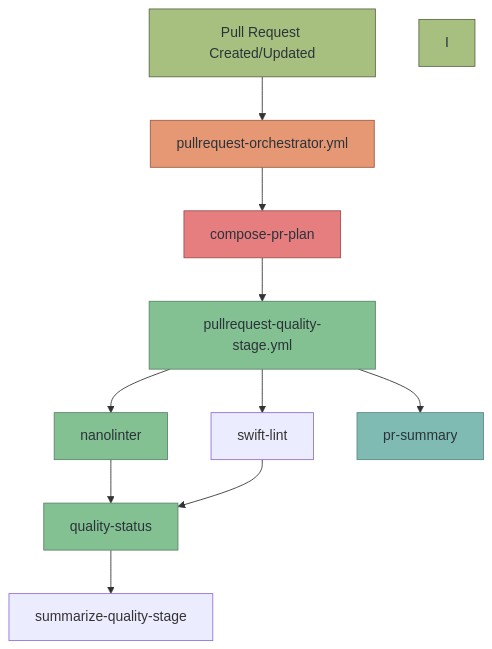
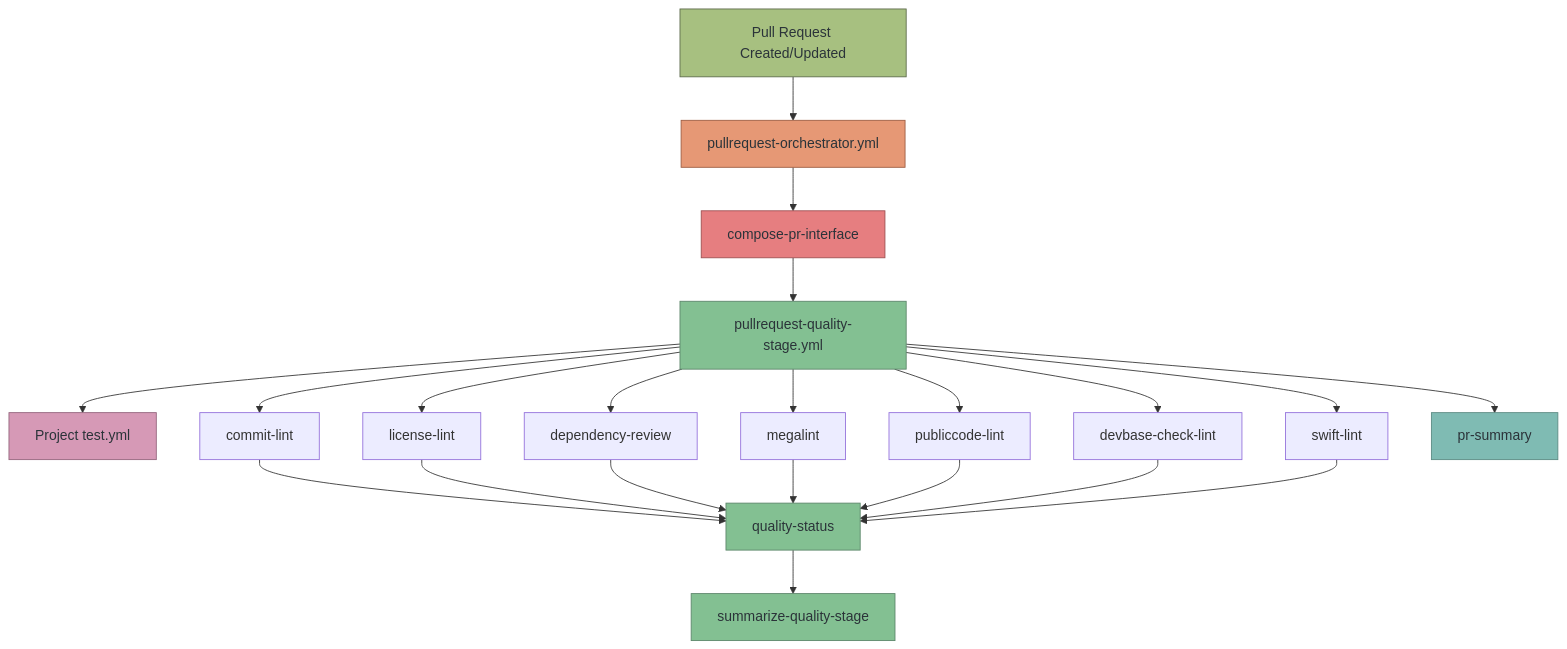
One commit to diggsweden/reusable-ci changed the first of 7 diagrams in docs/workflows.md. Above: the diagram before and after it, drawn with Mermaid. The commit also changed other lines of this file and 957 other files, not shown here.

````diff
--- a/docs/workflows.md
+++ b/docs/workflows.md
@@ -25,22 +25,33 @@
 ```mermaid
 graph TD
     A[Pull Request Created/Updated] --> B[pullrequest-orchestrator.yml]
-    B --> C[compose-pr-plan]
+    B --> C[compose-pr-interface]
     C --> D[pullrequest-quality-stage.yml]
+    D --> E[Project test.yml]
 
-    D --> N[nanolinter]
+    D --> F[commit-lint]
+    D --> G[license-lint]
+    D --> H[dependency-review]
+    D --> I[megalint]
+    D --> J[publiccode-lint]
+    D --> K[devbase-check-lint]
     D --> L[swift-lint]
-    N --> M[quality-status]
+    F --> M[quality-status]
+    G --> M
+    H --> M
+    I --> M
+    J --> M
+    K --> M
     L --> M
-    M --> S[summarize-quality-stage]
+    M --> N[summarize-quality-stage]
     D --> O[pr-summary]
 
     style A fill:#a7c080,stroke:#5c6a4a,color:#2b3339
     style B fill:#e69875,stroke:#9d5c41,color:#2b3339
     style C fill:#e67e80,stroke:#9d4f50,color:#2b3339
     style D fill:#83c092,stroke:#5c856a,color:#2b3339
-    style I fill:#a7c080,stroke:#5c6a4a,color:#2b3339
+    style E fill:#d699b6,stroke:#93647c,color:#2b3339
     style M fill:#83c092,stroke:#5c856a,color:#2b3339
     style N fill:#83c092,stroke:#5c856a,color:#2b3339
     style O fill:#7fbbb3,stroke:#5a8a82,color:#2b3339
 ```
````
